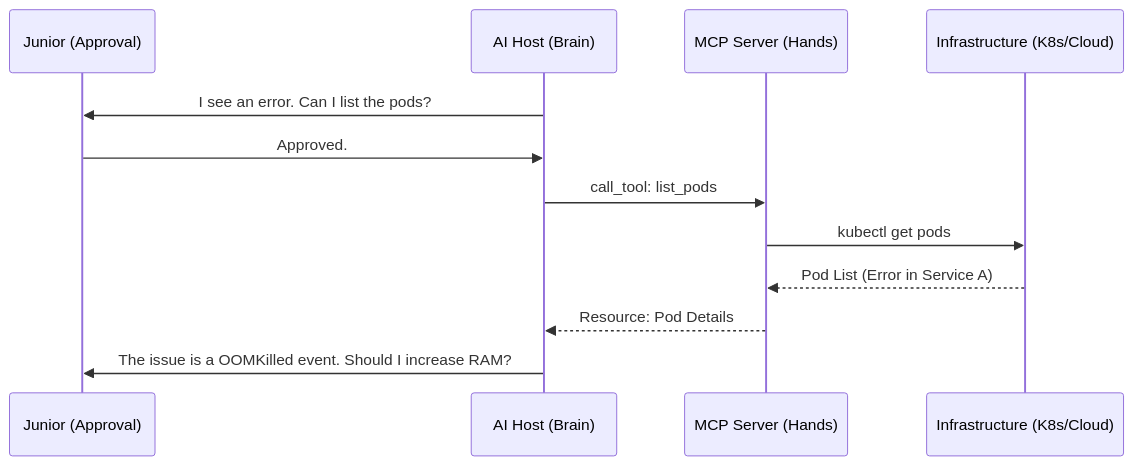
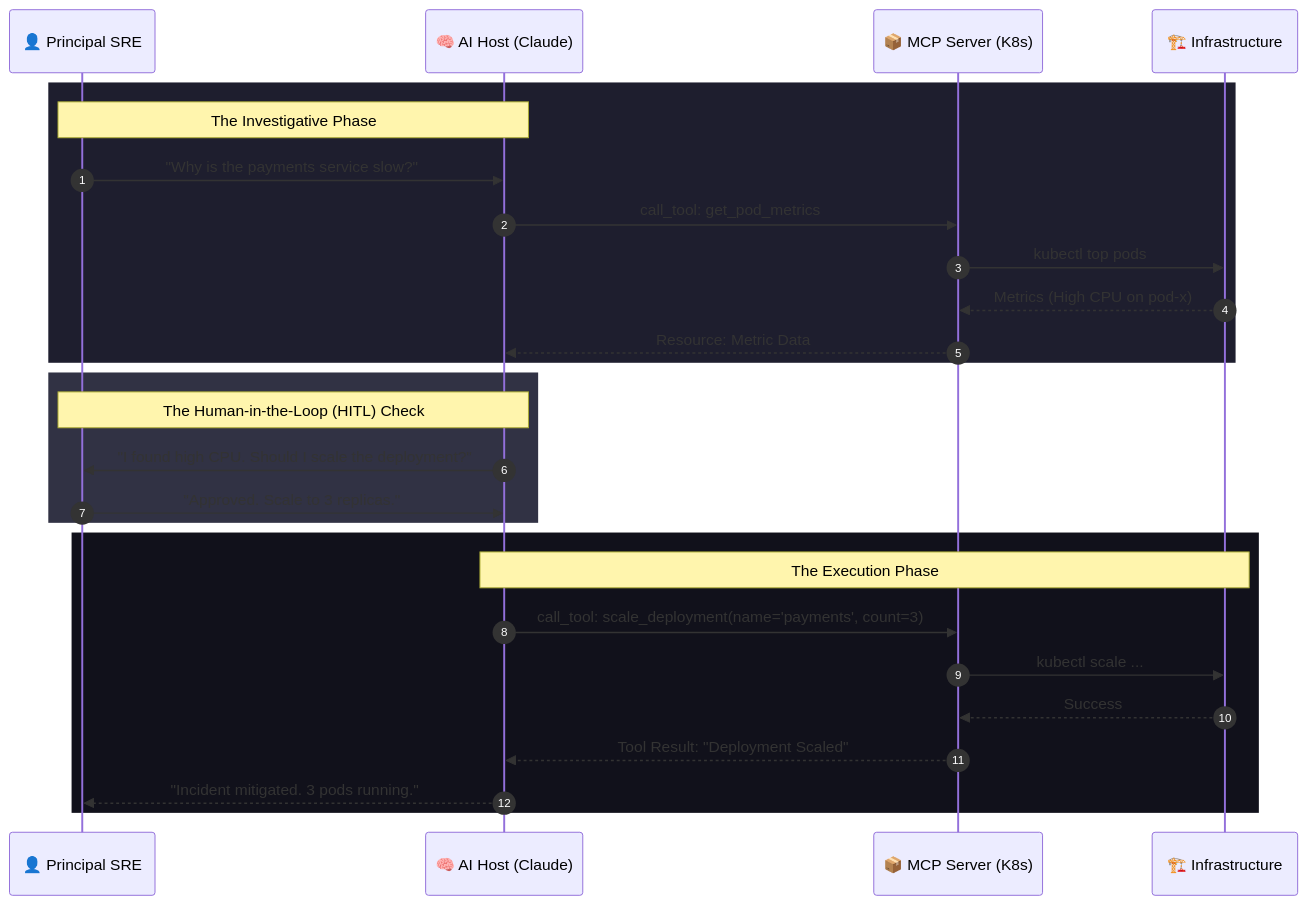
The diagram in 02-intermediate/03-phase-3/04-mcp/readme.md (Ganil151/Devops), drawn with Mermaid before and after one commit. The commit also changed other lines of this file, not shown here.

Commit message:
docs(Devops): Update readme.md
Changes summary:
- Modified: 1 files
  • 02-intermediate/03-phase-3/04-mcp/readme.md

````diff
--- a/02-intermediate/03-phase-3/04-mcp/readme.md
+++ b/02-intermediate/03-phase-3/04-mcp/readme.md
@@ -33,15 +33,32 @@
 ```mermaid
 sequenceDiagram
-    participant Junior as Junior (Approval)
-    participant Host as AI Host (Brain)
-    participant Server as MCP Server (Hands)
-    participant Infra as Infrastructure (K8s/Cloud)
+    autonumber
+    participant User as 👤 Principal SRE
+    participant Host as 🧠 AI Host (Claude)
+    participant Server as 📦 MCP Server (K8s)
+    participant Infra as 🏗️ Infrastructure
 
-    Host->>Junior: I see an error. Can I list the pods?
-    Junior->>Host: Approved.
-    Host->>Server: call_tool: list_pods
-    Server->>Infra: kubectl get pods
-    Infra-->>Server: Pod List (Error in Service A)
-    Server-->>Host: Resource: Pod Details
-    Host->>Junior: The issue is a OOMKilled event. Should I increase RAM?
+    rect rgb(30, 30, 46)
+    Note over User,Host: The Investigative Phase
+    User->>Host: "Why is the payments service slow?"
+    Host->>Server: call_tool: get_pod_metrics
+    Server->>Infra: kubectl top pods
+    Infra-->>Server: Metrics (High CPU on pod-x)
+    Server-->>Host: Resource: Metric Data
+    end
+
+    rect rgb(49, 50, 68)
+    Note over Host,User: The Human-in-the-Loop (HITL) Check
+    Host->>User: "I found high CPU. Should I scale the deployment?"
+    User->>Host: "Approved. Scale to 3 replicas."
+    end
+
+    rect rgb(17, 17, 27)
+    Note over Host,Infra: The Execution Phase
+    Host->>Server: call_tool: scale_deployment(name='payments', count=3)
+    Server->>Infra: kubectl scale ...
+    Infra-->>Server: Success
+    Server-->>Host: Tool Result: "Deployment Scaled"
+    Host-->>User: "Incident mitigated. 3 pods running."
+    end
 ```
````
